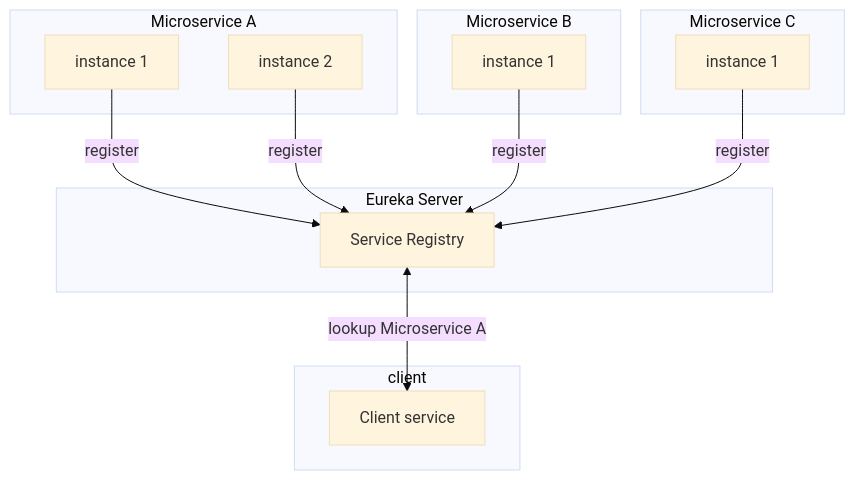
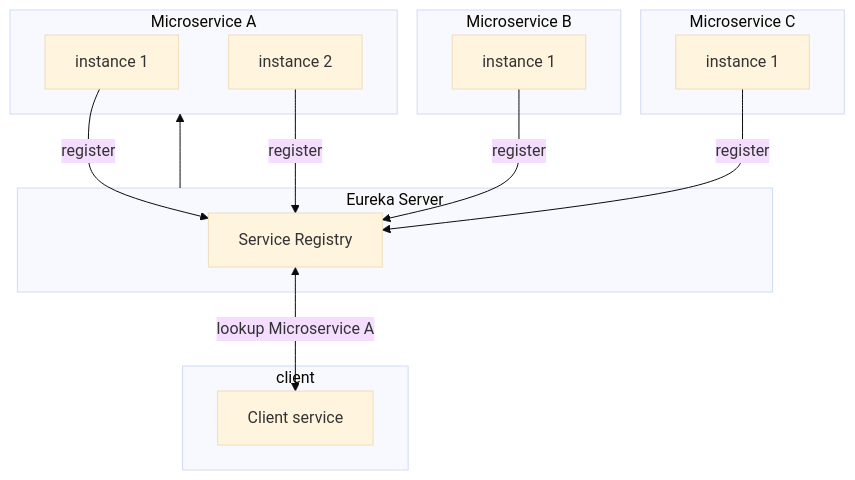
Before and after one commit to sonamsamdupkhangsar/sonamsamdupkhangsar.github.io: the diagram in service-discovery/README.md, drawn with Mermaid (base theme).

Commit message:
add service discovery

````diff
--- a/service-discovery/README.md
+++ b/service-discovery/README.md
@@ -7,26 +7,26 @@
 ```mermaid
 flowchart TD       
     subgraph mA["Microservice A"]
     A1[instance 1]
     A2[instance 2]
     end
     subgraph "Microservice B"
     B[instance 1]
     end
     subgraph "Microservice C"
     C[instance 1]
     end
-    subgraph "Eureka Server"
+    subgraph e["Eureka Server"]
     Eureka[Service Registry]
     end
     subgraph client
     D[Client service] 
     end
 
     A1 --> |register| Eureka
     A2 --> |register| Eureka
     B --> |register| Eureka
     C --> |register| Eureka
     Eureka <-->|lookup Microservice A| D
-    
+    e --> mA
 ``` 
````
